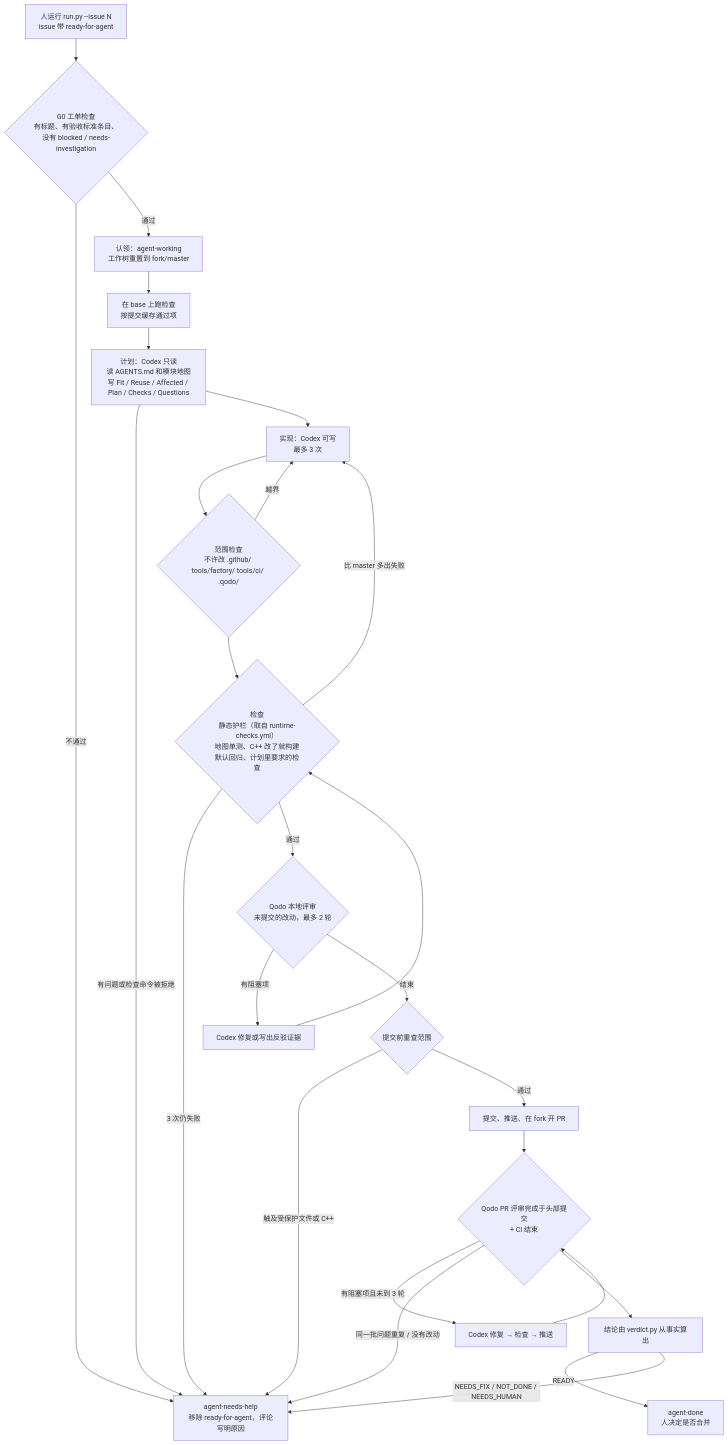
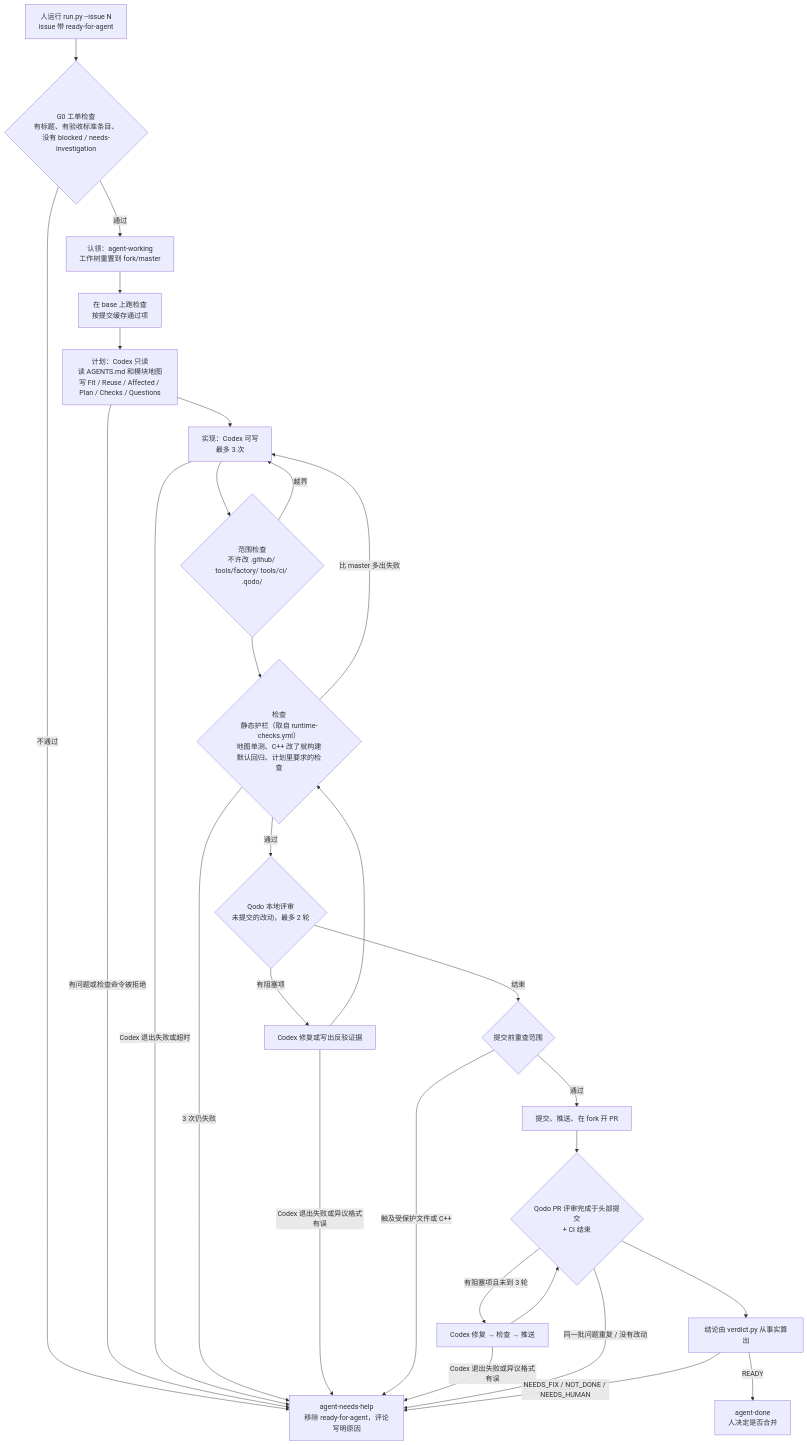
Before and after one commit to HkingAuditore/Project.Keynes: the diagram in docs/factory/README.md, drawn with Mermaid. The commit also changed other lines of this file and 11 other files, not shown here.

````diff
--- a/docs/factory/README.md
+++ b/docs/factory/README.md
@@ -28,26 +34,29 @@
 ```mermaid
 flowchart TD
   T[人运行 run.py --issue N<br/>issue 带 ready-for-agent] --> G0{G0 工单检查<br/>有标题、有验收标准条目、<br/>没有 blocked / needs-investigation}
   G0 -- 不通过 --> H[agent-needs-help<br/>移除 ready-for-agent，评论写明原因]
   G0 -- 通过 --> W[认领：agent-working<br/>工作树重置到 fork/master]
   W --> B[在 base 上跑检查<br/>按提交缓存通过项]
   B --> P[计划：Codex 只读<br/>读 AGENTS.md 和模块地图<br/>写 Fit / Reuse / Affected / Plan / Checks / Questions]
   P -- 有问题或检查命令被拒绝 --> H
   P --> I[实现：Codex 可写<br/>最多 3 次]
+  I -- Codex 退出失败或超时 --> H
   I --> S{范围检查<br/>不许改 .github/ tools/factory/ tools/ci/ .qodo/}
   S -- 越界 --> I
   S --> C{检查<br/>静态护栏（取自 runtime-checks.yml）<br/>地图单测、C++ 改了就构建<br/>默认回归、计划里要求的检查}
   C -- 比 master 多出失败 --> I
   C -- 3 次仍失败 --> H
   C -- 通过 --> L{Qodo 本地评审<br/>未提交的改动，最多 2 轮}
   L -- 有阻塞项 --> F1[Codex 修复或写出反驳证据] --> C
+  F1 -- Codex 退出失败或异议格式有误 --> H
   L -- 结束 --> S2{提交前重查范围}
   S2 -- 触及受保护文件或 C++ --> H
   S2 -- 通过 --> PR[提交、推送、在 fork 开 PR]
   PR --> R{Qodo PR 评审完成于头部提交<br/>+ CI 结束}
   R -- 有阻塞项且未到 3 轮 --> F2[Codex 修复 → 检查 → 推送] --> R
+  F2 -- Codex 退出失败或异议格式有误 --> H
   R -- 同一批问题重复 / 没有改动 --> H
   R --> V[结论由 verdict.py 从事实算出]
   V -- READY --> D[agent-done<br/>人决定是否合并]
   V -- NEEDS_FIX / NOT_DONE / NEEDS_HUMAN --> H
 ```
````
